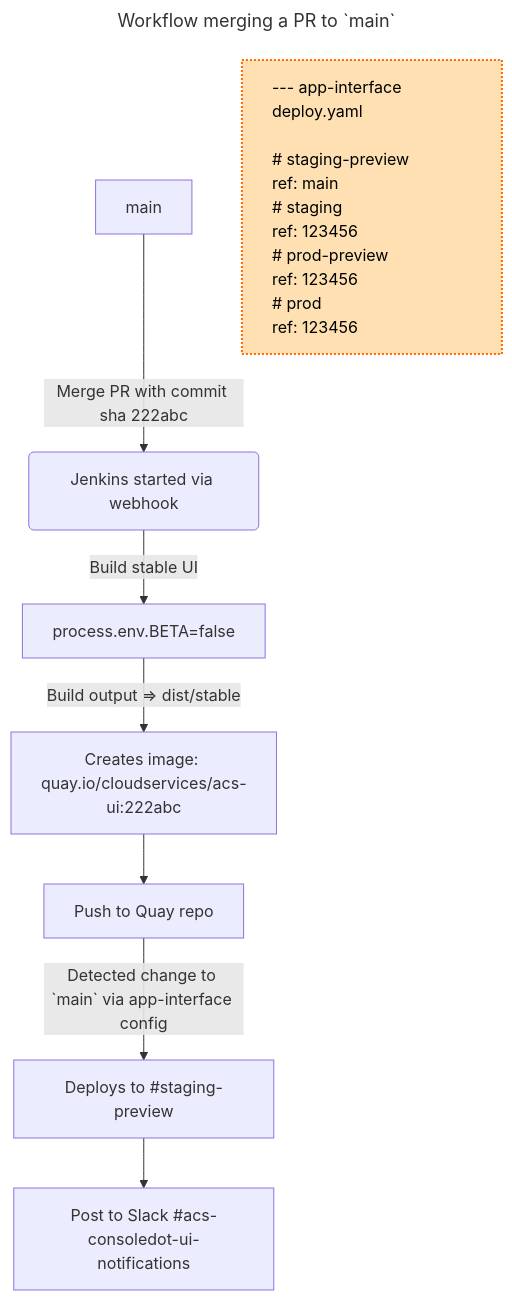
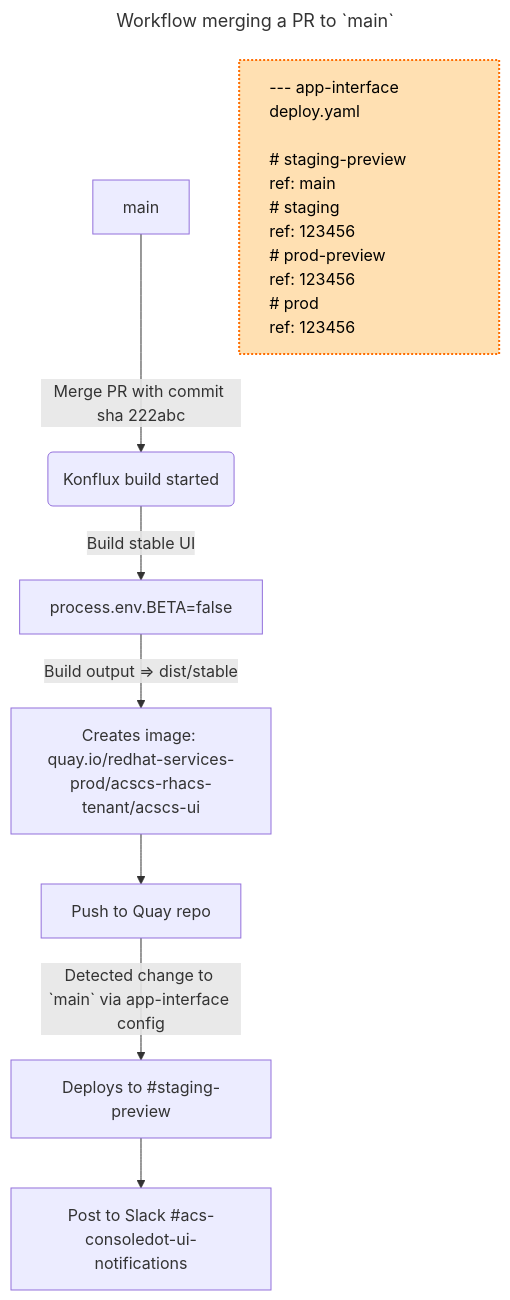
One commit to RedHatInsights/acs-ui changed the first of 2 diagrams in README.md. Above: the diagram before and after it, drawn with Mermaid. The commit also changed other lines of this file, not shown here.

Commit message:
Add Konflux docs

````diff
--- a/README.md
+++ b/README.md
@@ -77,14 +89,14 @@
 ```mermaid
 ---
 title: Workflow merging a PR to `main`
 ---
 flowchart TD
-    A["main"] -- Merge PR with commit sha 222abc --> B("Jenkins started via webhook")
+    A["main"] -- Merge PR with commit sha 222abc --> B("Konflux build started")
     B -- Build stable UI --> D["process.env.BETA=false"]
-    D -- Build output => dist/stable --> node_evlmrmo2a["Creates image: quay.io/cloudservices/acs-ui:222abc"]
+    D -- Build output => dist/stable --> node_evlmrmo2a["Creates image: quay.io/redhat-services-prod/acscs-rhacs-tenant/acscs-ui"]
     node_evlmrmo2a --> node_w61zluy7f["Push to Quay repo"]
     node_w61zluy7f -- Detected change to `main` via app-interface config --> node_5d086iej9["Deploys to #staging-preview"]
     node_5d086iej9 --> node_shzevizbp["Post to Slack #acs-consoledot-ui-notifications"]
       node_04z47zuwh["--- app-interface deploy.yaml\n\n# staging-preview\nref: main\n# staging\nref: 123456\n# prod-preview\nref: 123456\n# prod\nref: 123456"]
     style node_04z47zuwh text-align:left,stroke-width:2px,stroke-dasharray: 2,stroke:#FF6D00,fill:#FFE0B2,color:#000000
 ```
````
